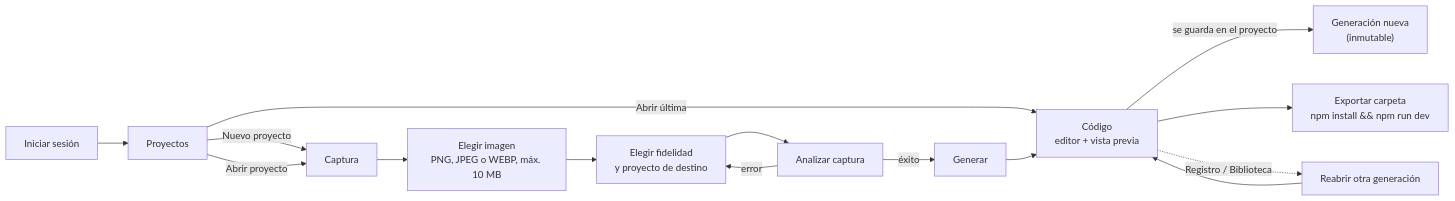
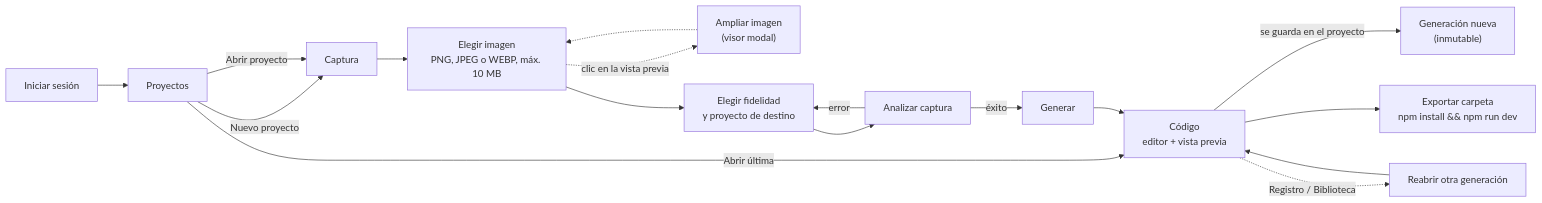
Before and after one commit to AlePython-byte/vision2code: the second of 3 diagrams in docs/information-architecture-and-design-system.md, drawn with Mermaid. The commit also changed other lines of this file, not shown here.

````diff
--- a/docs/information-architecture-and-design-system.md
+++ b/docs/information-architecture-and-design-system.md
@@ -137,17 +140,19 @@
 ```mermaid
 flowchart LR
     A["Iniciar sesión"] --> B["Proyectos"]
     B -->|"Nuevo proyecto"| C["Captura"]
     B -->|"Abrir proyecto"| C
     B -->|"Abrir última"| F
     C --> D["Elegir imagen<br/>PNG, JPEG o WEBP, máx. 10 MB"]
+    D -.->|"clic en la vista previa"| D2["Ampliar imagen<br/>(visor modal)"]
+    D2 -.-> D
     D --> E["Elegir fidelidad<br/>y proyecto de destino"]
     E --> G["Analizar captura"]
     G -->|"éxito"| H["Generar"]
     G -->|"error"| E
     H --> F["Código<br/>editor + vista previa"]
     F -->|"se guarda en el proyecto"| I["Generación nueva<br/>(inmutable)"]
     F --> J["Exportar carpeta<br/>npm install && npm run dev"]
     F -.->|"Registro / Biblioteca"| K["Reabrir otra generación"]
     K --> F
 ```
````
